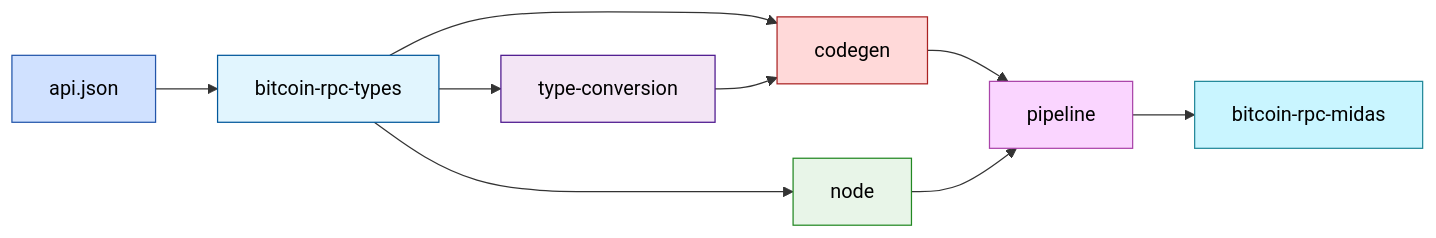
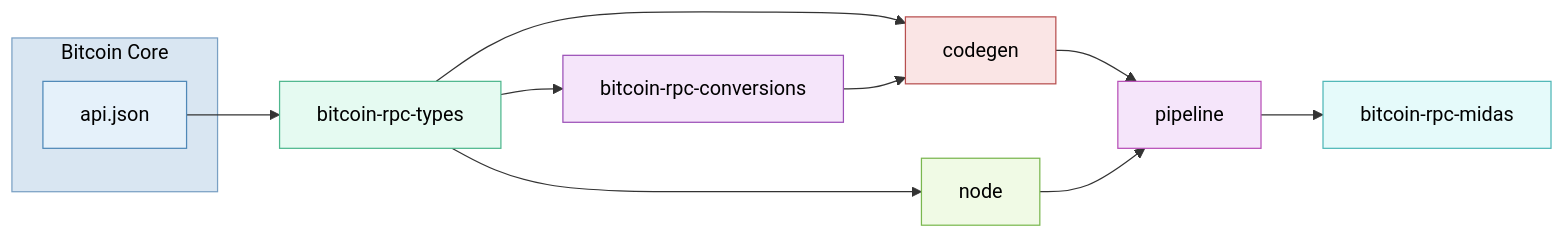
Before and after one commit to nervana21/bitcoin-rpc-codegen: the diagram in docs/architecture.mmd, drawn with Mermaid.

Commit message:
Update architecture diagram

```diff
--- a/docs/architecture.mmd
+++ b/docs/architecture.mmd
@@ -1,20 +1,27 @@
 flowchart LR
-  API_JSON["api.json"]:::api --> BitcoinRpcTypes["bitcoin-rpc-types"]:::core
+  subgraph BitcoinCore["Bitcoin Core"]
+    API_JSON["api.json"]:::api
+  end
+
+  API_JSON --> BitcoinRpcTypes["bitcoin-rpc-types"]:::core
   
-  BitcoinRpcTypes --> TypeConversion["type-conversion"]:::registry
+  BitcoinRpcTypes --> BitcoinRpcConversions["bitcoin-rpc-conversions"]:::conversions
   BitcoinRpcTypes --> Codegen["codegen"]:::codegen
   BitcoinRpcTypes --> Node["node"]:::node
   
-  TypeConversion --> Codegen
+  BitcoinRpcConversions --> Codegen
   Codegen --> Pipeline["pipeline"]:::pipeline
   Pipeline --> BitcoinRpcMidas["bitcoin-rpc-midas"]:::midas
 
   Node --> Pipeline
 
-  classDef api       fill:#d0e1ff,stroke:#2255aa,color:#000;
-  classDef core      fill:#e1f5fe,stroke:#01579b,color:#000;
-  classDef registry  fill:#f3e5f5,stroke:#4a148c,color:#000;
-  classDef codegen   fill:#ffd9d9,stroke:#aa2222,color:#000;
-  classDef pipeline  fill:#fad5ff,stroke:#aa44aa,color:#000;
-  classDef midas     fill:#c9f5ff,stroke:#228899,color:#000;
-  classDef node      fill:#e8f5e8,stroke:#228822,color:#000;
+  classDef bitcoinCore fill:#d9e6f2,stroke:#7aa0c4,color:#000;
+  classDef api         fill:#e5f1fa,stroke:#4f88b7,color:#000;
+  classDef core        fill:#e5faf1,stroke:#4fb78e,color:#000;
+  classDef conversions fill:#f5e5fa,stroke:#9b4fb7,color:#000;
+  classDef codegen     fill:#fae5e5,stroke:#b74f4f,color:#000;
+  classDef pipeline    fill:#f5e5fa,stroke:#b74fb7,color:#000;
+  classDef midas       fill:#e5fafa,stroke:#4fb7b7,color:#000;
+  classDef node        fill:#f0fae5,stroke:#7ab74f,color:#000;
+
+  class BitcoinCore bitcoinCore;
```
